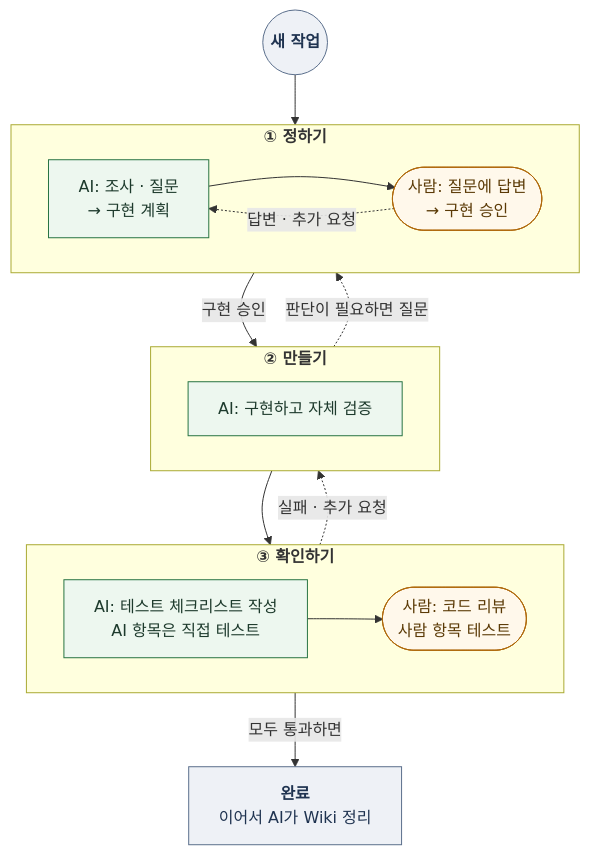
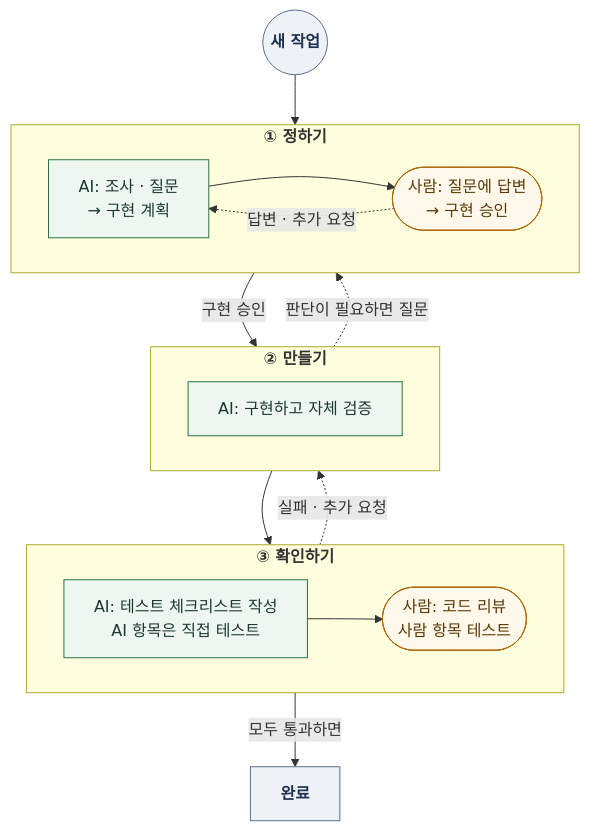
The diagram in .agents/workflow/process/index.md (Woogl/ProjectWx), drawn with Mermaid before and after one commit. The commit also changed other lines of this file and 7 other files, not shown here.

````diff
--- a/.agents/workflow/process/index.md
+++ b/.agents/workflow/process/index.md
@@ -5,40 +5,39 @@
 ```mermaid
 flowchart TD
   S(("`**새 작업**`"))
   A1["`AI: 조사 · 질문
   → 구현 계획`"]
   H1(["`사람: 질문에 답변
   → 구현 승인`"])
   A2["`AI: 구현하고 자체 검증`"]
   A3["`AI: 테스트 체크리스트 작성
   AI 항목은 직접 테스트`"]
   H3(["`사람: 코드 리뷰
   사람 항목 테스트`"])
-  D["`**완료**
-  이어서 AI가 Wiki 정리`"]
+  D["`**완료**`"]
   %% 상자는 아래 단계부터 선언해야 위에서부터 차례로 놓인다
   subgraph P3["`**③ 확인하기**`"]
     direction LR
     A3 --> H3
   end
   subgraph P2["`**② 만들기**`"]
     A2
   end
   subgraph P1["`**① 정하기**`"]
     direction LR
     A1 --> H1
     H1 -.->|"답변 · 추가 요청"| A1
   end
   S --> P1
   P1 -->|"구현 승인"| P2
   P2 --> P3
   P2 -.->|"판단이 필요하면 질문"| P1
   P3 -.->|"실패 · 추가 요청"| P2
   P3 -->|"모두 통과하면"| D
   classDef ai fill:#edf7ef,stroke:#287443,color:#1d3a2c
   classDef human fill:#fff8eb,stroke:#af690c,color:#5b3a06
   classDef terminal fill:#eef1f6,stroke:#5b6f8c,color:#1f3350
   class A1,A2,A3 ai
   class H1,H3 human
   class S,D terminal
 ```
````
